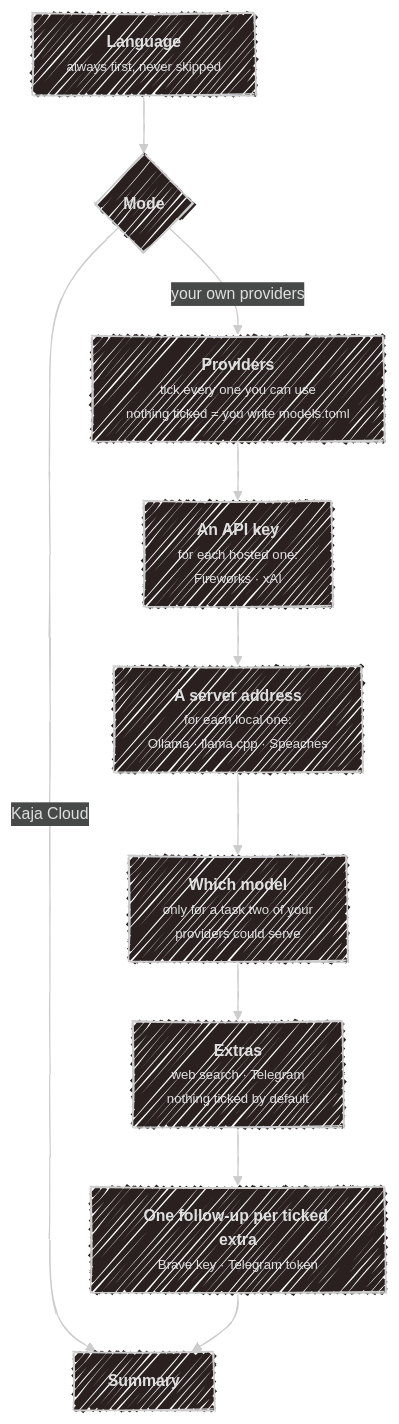
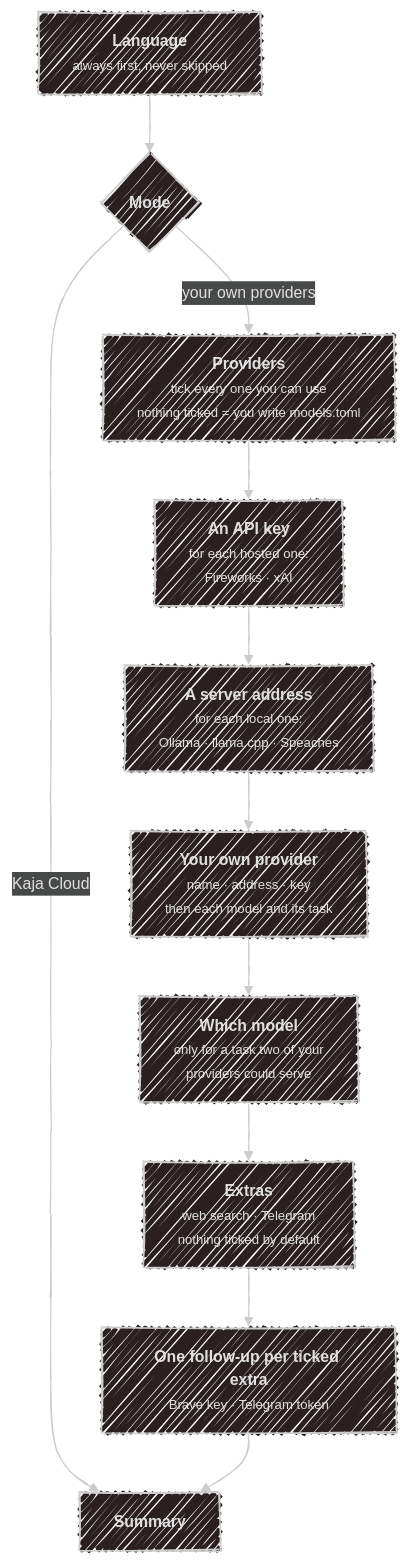
One commit to SubZtep/kaja changed the first of 4 diagrams in docs/configuration/wizard.md. Above: the diagram before and after it, drawn with Mermaid. The commit also changed other lines of this file and 7 other files, not shown here.

````diff
--- a/docs/configuration/wizard.md
+++ b/docs/configuration/wizard.md
@@ -27,20 +27,21 @@
 ```mermaid
 ---
 config:
   look: handDrawn
   theme: neo-dark
 ---
 flowchart TD
     L["<b>Language</b><br><small>always first, never skipped</small>"] --> M{"<b>Mode</b>"}
 
     M -->|"Kaja Cloud"| SUM["<b>Summary</b>"]
     M -->|"your own providers"| P["<b>Providers</b><br><small>tick every one you can use<br>nothing ticked = you write models.toml</small>"]
 
     P --> KEY["<b>An API key</b><br><small>for each hosted one:<br>Fireworks · xAI</small>"]
     KEY --> URL["<b>A server address</b><br><small>for each local one:<br>Ollama · llama.cpp · Speaches</small>"]
-    URL --> MODEL["<b>Which model</b><br><small>only for a task two of your<br>providers could serve</small>"]
+    URL --> CUS["<b>Your own provider</b><br><small>name · address · key<br>then each model and its task</small>"]
+    CUS --> MODEL["<b>Which model</b><br><small>only for a task two of your<br>providers could serve</small>"]
 
     MODEL --> EX["<b>Extras</b><br><small>web search · Telegram<br>nothing ticked by default</small>"]
     EX --> FU["<b>One follow-up per ticked extra</b><br><small>Brave key · Telegram token</small>"]
     FU --> SUM
 ```
````
